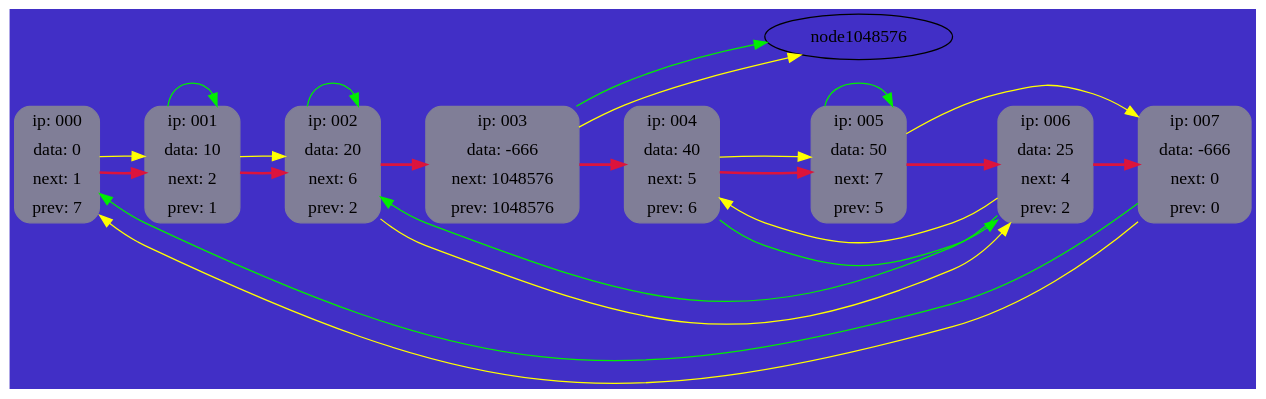
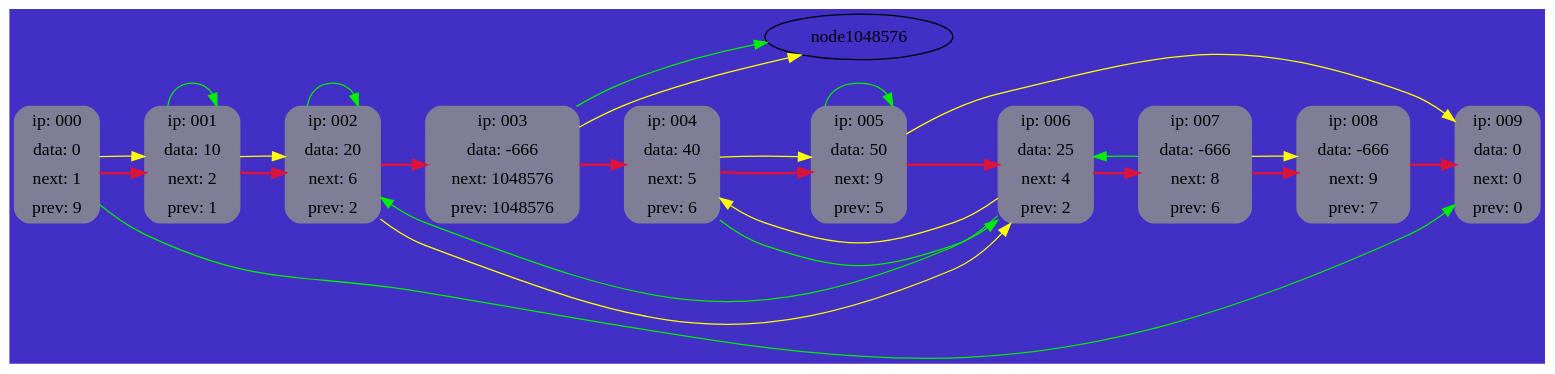
The diagram in run/graphviz.gv (kirilldok/List), drawn with Graphviz before and after one commit. The commit also changed 18 other files, not shown here.

```diff
--- a/run/graphviz.gv
+++ b/run/graphviz.gv
@@ -1,40 +1,45 @@
 digraph List 
 {
 	rankdir = LR;
 	bgcolor = "#412FC6"
 
-	node000 [shape = "Mrecord"; style = "filled"; color = "#807E97"; label = "{ ip: 000} | {data: 0} | {next: 1} | {prev: 7} " ];
+	node000 [shape = "Mrecord"; style = "filled"; color = "#807E97"; label = "{ ip: 000} | {data: 0} | {next: 1} | {prev: 9} " ];
 	node001 [shape = "Mrecord"; style = "filled"; color = "#807E97"; label = "{ ip: 001} | {data: 10} | {next: 2} | {prev: 1} " ];
 	node002 [shape = "Mrecord"; style = "filled"; color = "#807E97"; label = "{ ip: 002} | {data: 20} | {next: 6} | {prev: 2} " ];
 	node003 [shape = "Mrecord"; style = "filled"; color = "#807E97"; label = "{ ip: 003} | {data: -666} | {next: 1048576} | {prev: 1048576} " ];
 	node004 [shape = "Mrecord"; style = "filled"; color = "#807E97"; label = "{ ip: 004} | {data: 40} | {next: 5} | {prev: 6} " ];
-	node005 [shape = "Mrecord"; style = "filled"; color = "#807E97"; label = "{ ip: 005} | {data: 50} | {next: 7} | {prev: 5} " ];
+	node005 [shape = "Mrecord"; style = "filled"; color = "#807E97"; label = "{ ip: 005} | {data: 50} | {next: 9} | {prev: 5} " ];
 	node006 [shape = "Mrecord"; style = "filled"; color = "#807E97"; label = "{ ip: 006} | {data: 25} | {next: 4} | {prev: 2} " ];
-	node007 [shape = "Mrecord"; style = "filled"; color = "#807E97"; label = "{ ip: 007} | {data: -666} | {next: 0} | {prev: 0} " ];
+	node007 [shape = "Mrecord"; style = "filled"; color = "#807E97"; label = "{ ip: 007} | {data: -666} | {next: 8} | {prev: 6} " ];
+	node008 [shape = "Mrecord"; style = "filled"; color = "#807E97"; label = "{ ip: 008} | {data: -666} | {next: 9} | {prev: 7} " ];
+	node009 [shape = "Mrecord"; style = "filled"; color = "#807E97"; label = "{ ip: 009} | {data: 0} | {next: 0} | {prev: 0} " ];
 
 	node000 -> node001 [style = bold; weight = 10000; color = crimson; ];
 	node001 -> node002 [style = bold; weight = 10000; color = crimson; ];
 	node002 -> node003 [style = bold; weight = 10000; color = crimson; ];
 	node003 -> node004 [style = bold; weight = 10000; color = crimson; ];
 	node004 -> node005 [style = bold; weight = 10000; color = crimson; ];
 	node005 -> node006 [style = bold; weight = 10000; color = crimson; ];
 	node006 -> node007 [style = bold; weight = 10000; color = crimson; ];
+	node007 -> node008 [style = bold; weight = 10000; color = crimson; ];
+	node008 -> node009 [style = bold; weight = 10000; color = crimson; ];
 
 	node000 -> node001 [weight = 0; color  = yellow1; ];
 	node001 -> node002 [weight = 0; color  = yellow1; ];
 	node002 -> node006 [weight = 0; color  = yellow1; ];
 	node003 -> node1048576 [weight = 0; color  = yellow1; ];
 	node004 -> node005 [weight = 0; color  = yellow1; ];
-	node005 -> node007 [weight = 0; color  = yellow1; ];
+	node005 -> node009 [weight = 0; color  = yellow1; ];
 	node006 -> node004 [weight = 0; color  = yellow1; ];
-	node007 -> node000 [weight = 0; color  = yellow1; ];
+	node007 -> node008 [weight = 0; color  = yellow1; ];
 
-	node007 -> node000 [weight = 0; color  = green2; ];
+	node000 -> node009 [weight = 0; color  = green2; ];
+	node001 -> node001 [weight = 0; color  = green2; ];
+	node002 -> node002 [weight = 0; color  = green2; ];
+	node003 -> node1048576 [weight = 0; color  = green2; ];
+	node004 -> node006 [weight = 0; color  = green2; ];
+	node005 -> node005 [weight = 0; color  = green2; ];
 	node006 -> node002 [weight = 0; color  = green2; ];
-	node005 -> node005 [weight = 0; color  = green2; ];
-	node004 -> node006 [weight = 0; color  = green2; ];
-	node003 -> node1048576 [weight = 0; color  = green2; ];
-	node002 -> node002 [weight = 0; color  = green2; ];
-	node001 -> node001 [weight = 0; color  = green2; ];
+	node007 -> node006 [weight = 0; color  = green2; ];
 
 }
```
